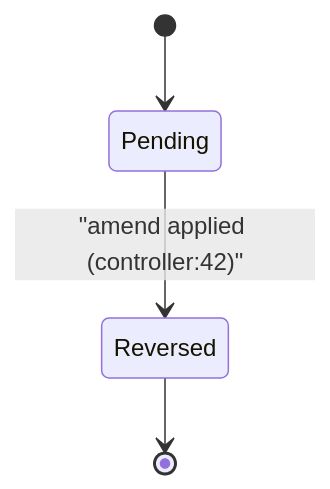
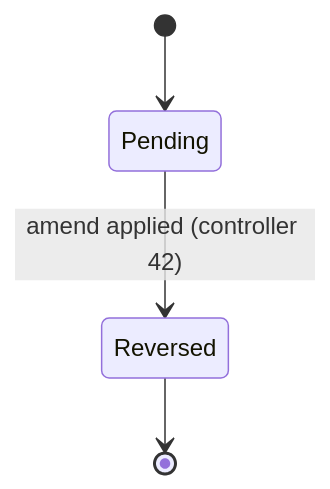
The second of 2 diagrams in tests/fixtures/kb-flows-mermaid/.mega-sdd/knowledge-base/10-domains/02-good-mermaid.md (FarhanRiuzaki/Mega-SDD), drawn with Mermaid before and after one commit. The commit also changed 10 other files, not shown here.

First line of the commit message:
fix(mermaid): Rule 7 state-label killers + useMaxWidth all types (7.23.2)

````diff
--- a/tests/fixtures/kb-flows-mermaid/.mega-sdd/knowledge-base/10-domains/02-good-mermaid.md
+++ b/tests/fixtures/kb-flows-mermaid/.mega-sdd/knowledge-base/10-domains/02-good-mermaid.md
@@ -47,6 +47,6 @@
 ```mermaid
 stateDiagram-v2
     [*] --> Pending
-    Pending --> Reversed: "amend applied (controller:42)"
+    Pending --> Reversed: amend applied (controller 42)
     Reversed --> [*]
 ```
````
